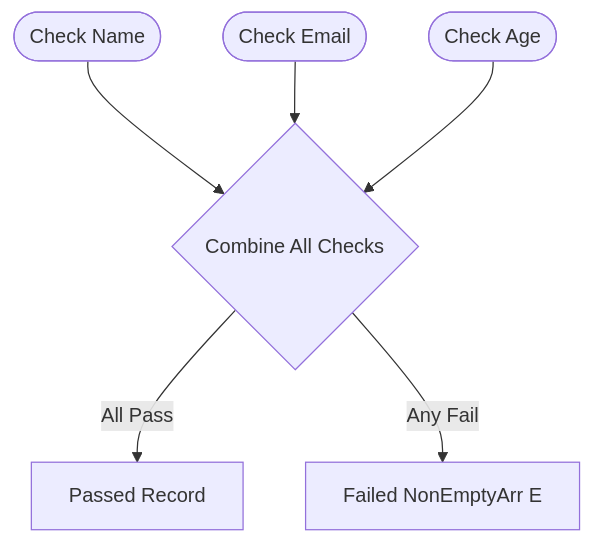
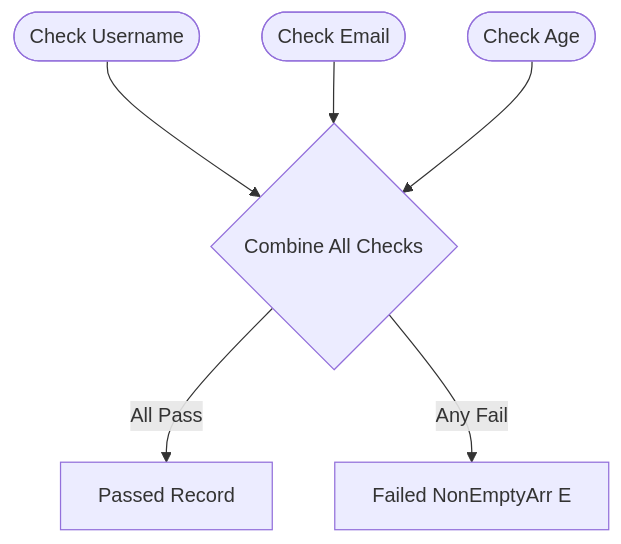
Before and after one commit to nlozgachev/pipelined: the diagram in docs/src/content/docs/guides/validation.md, drawn with Mermaid. The commit also changed other lines of this file and 2 other files, not shown here.

````diff
--- a/docs/src/content/docs/guides/validation.md
+++ b/docs/src/content/docs/guides/validation.md
@@ -20,8 +61,8 @@
 ```mermaid
 flowchart TD
-    Check1([Check Name]) --> Combine{Combine All Checks}
+    Check1([Check Username]) --> Combine{Combine All Checks}
     Check2([Check Email]) --> Combine
     Check3([Check Age]) --> Combine
     Combine -->|All Pass| Passed[Passed Record]
     Combine -->|Any Fail| Failed[Failed NonEmptyArr E]
 ```
````
